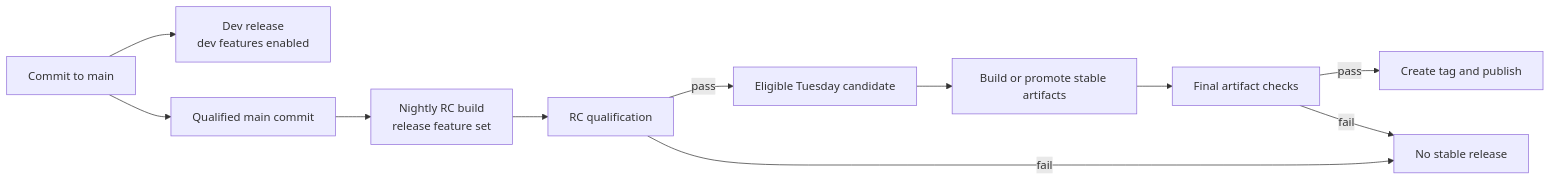
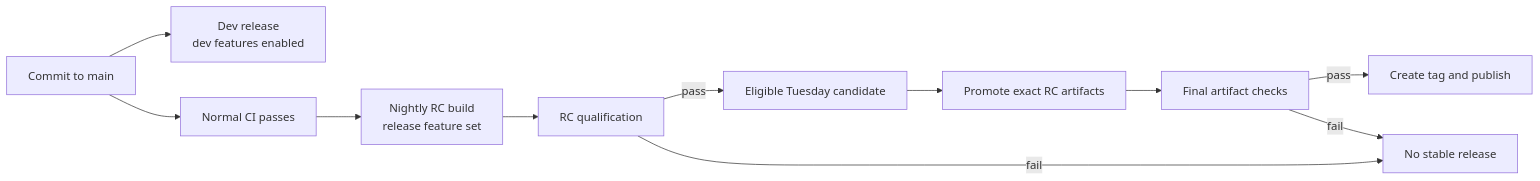
One commit to NVIDIA/OpenShell changed the diagram in rfc/0014-release-stability/README.md. Above: the diagram before and after it, drawn with Mermaid. The commit also changed other lines of this file and 1 other file, not shown here.

Commit message:
docs(rfc): clarify release build audiences

````diff
--- a/rfc/0014-release-stability/README.md
+++ b/rfc/0014-release-stability/README.md
@@ -125,13 +148,13 @@
 ```mermaid
 flowchart LR
     A["Commit to main"] --> B["Dev release<br/>dev features enabled"]
-    A --> C["Qualified main commit"]
+    A --> C["Normal CI passes"]
     C --> D["Nightly RC build<br/>release feature set"]
     D --> E["RC qualification"]
     E -->|"pass"| F["Eligible Tuesday candidate"]
     E -->|"fail"| G["No stable release"]
-    F --> H["Build or promote stable artifacts"]
+    F --> H["Promote exact RC artifacts"]
     H --> I["Final artifact checks"]
     I -->|"pass"| J["Create tag and publish"]
     I -->|"fail"| G
 ```
````
